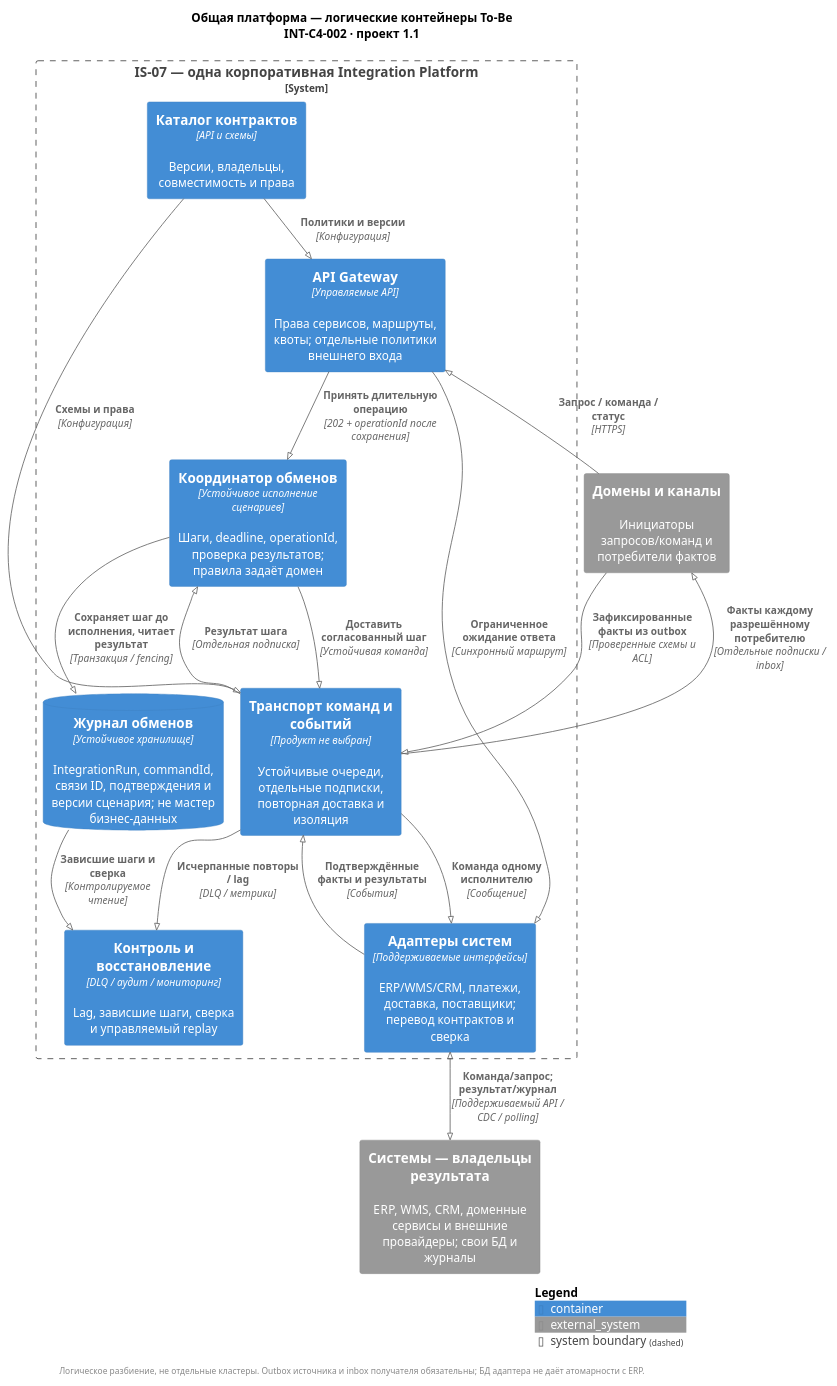
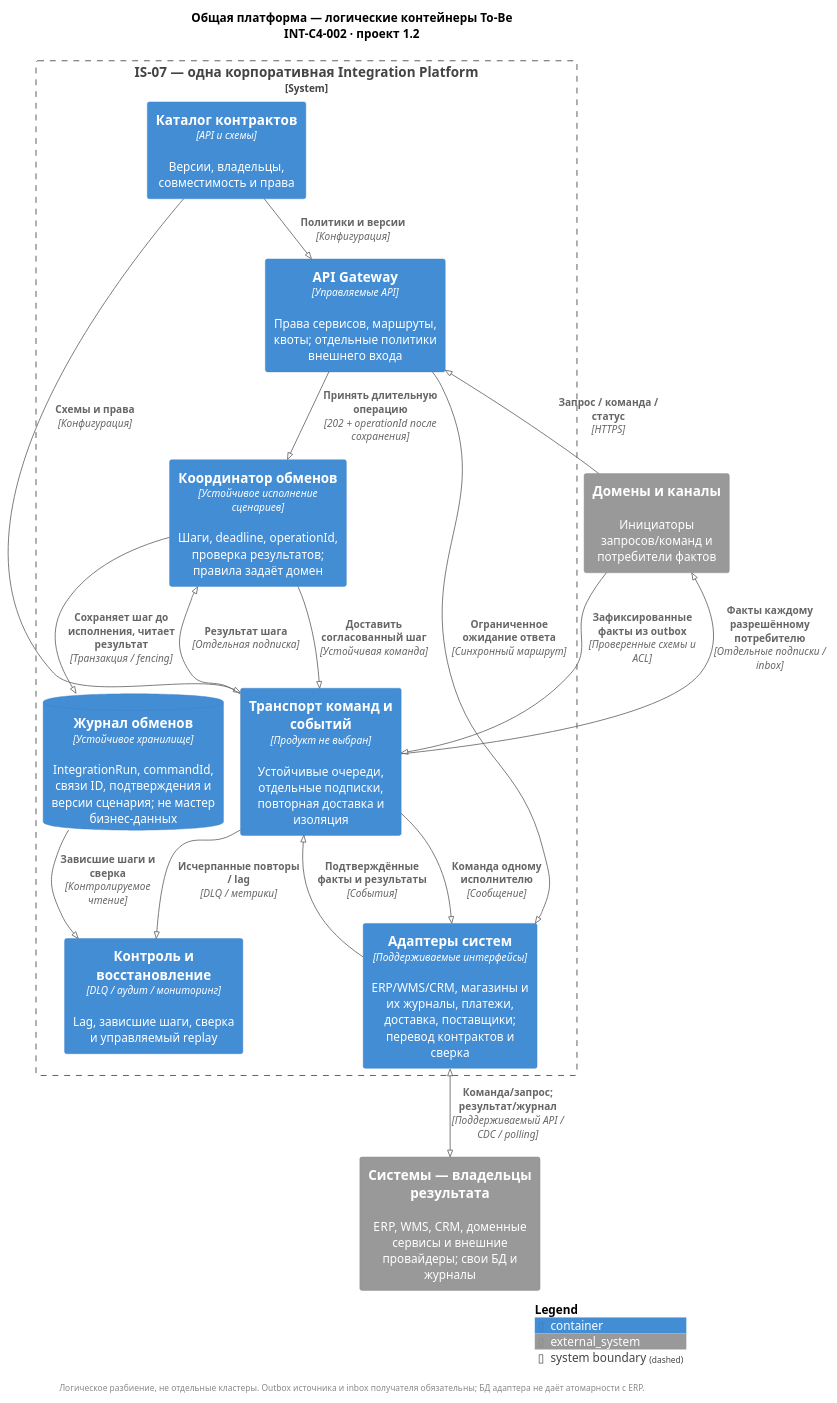
Before and after one commit to rsingatulin/hse_architecture: the diagram in 06_integration_architecture/diagrams/INT-C4-002-platform.puml, drawn with PlantUML. The commit also changed 30 other files, not shown here.

```diff
--- a/06_integration_architecture/diagrams/INT-C4-002-platform.puml
+++ b/06_integration_architecture/diagrams/INT-C4-002-platform.puml
@@ -1,36 +1,36 @@
 @startuml INT-C4-002-platform
 !pragma layout smetana
 !include <C4/C4_Container>
 LAYOUT_TOP_DOWN()
 skinparam defaultFontName Arial
 skinparam backgroundColor white
-title Общая платформа — логические контейнеры To-Be\nINT-C4-002 · проект 1.1
+title Общая платформа — логические контейнеры To-Be\nINT-C4-002 · проект 1.2
 System_Ext(caller, "Домены и каналы", "Инициаторы запросов/команд и потребители фактов")
 System_Boundary(ip, "IS-07 — одна корпоративная Integration Platform") {
  Container(gw, "API Gateway", "Управляемые API", "Права сервисов, маршруты, квоты; отдельные политики внешнего входа")
  Container(flow, "Координатор обменов", "Устойчивое исполнение сценариев", "Шаги, deadline, operationId, проверка результатов; правила задаёт домен")
  Container(bus, "Транспорт команд и событий", "Продукт не выбран", "Устойчивые очереди, отдельные подписки, повторная доставка и изоляция")
- Container(adapt, "Адаптеры систем", "Поддерживаемые интерфейсы", "ERP/WMS/CRM, платежи, доставка, поставщики; перевод контрактов и сверка")
+ Container(adapt, "Адаптеры систем", "Поддерживаемые интерфейсы", "ERP/WMS/CRM, магазины и их журналы, платежи, доставка, поставщики; перевод контрактов и сверка")
  ContainerDb(state, "Журнал обменов", "Устойчивое хранилище", "IntegrationRun, commandId, связи ID, подтверждения и версии сценария; не мастер бизнес-данных")
  Container(catalog, "Каталог контрактов", "API и схемы", "Версии, владельцы, совместимость и права")
  Container(ops, "Контроль и восстановление", "DLQ / аудит / мониторинг", "Lag, зависшие шаги, сверка и управляемый replay")
 }
 System_Ext(owner, "Системы — владельцы результата", "ERP, WMS, CRM, доменные сервисы и внешние провайдеры; свои БД и журналы")
 Rel(caller, gw, "Запрос / команда / статус", "HTTPS")
 Rel(gw, adapt, "Ограниченное ожидание ответа", "Синхронный маршрут")
 Rel(gw, flow, "Принять длительную операцию", "202 + operationId после сохранения")
 Rel(flow, state, "Сохраняет шаг до исполнения, читает результат", "Транзакция / fencing")
 Rel(flow, bus, "Доставить согласованный шаг", "Устойчивая команда")
 Rel(bus, adapt, "Команда одному исполнителю", "Сообщение")
 BiRel(adapt, owner, "Команда/запрос; результат/журнал", "Поддерживаемый API / CDC / polling")
 Rel(adapt, bus, "Подтверждённые факты и результаты", "События")
 Rel(bus, flow, "Результат шага", "Отдельная подписка")
 Rel(bus, caller, "Факты каждому разрешённому потребителю", "Отдельные подписки / inbox")
 Rel(caller, bus, "Зафиксированные факты из outbox", "Проверенные схемы и ACL")
 Rel(catalog, gw, "Политики и версии", "Конфигурация")
 Rel(catalog, bus, "Схемы и права", "Конфигурация")
 Rel(bus, ops, "Исчерпанные повторы / lag", "DLQ / метрики")
 Rel(state, ops, "Зависшие шаги и сверка", "Контролируемое чтение")
 SHOW_LEGEND()
 footer Логическое разбиение, не отдельные кластеры. Outbox источника и inbox получателя обязательны; БД адаптера не даёт атомарности с ERP.
 @enduml
```
